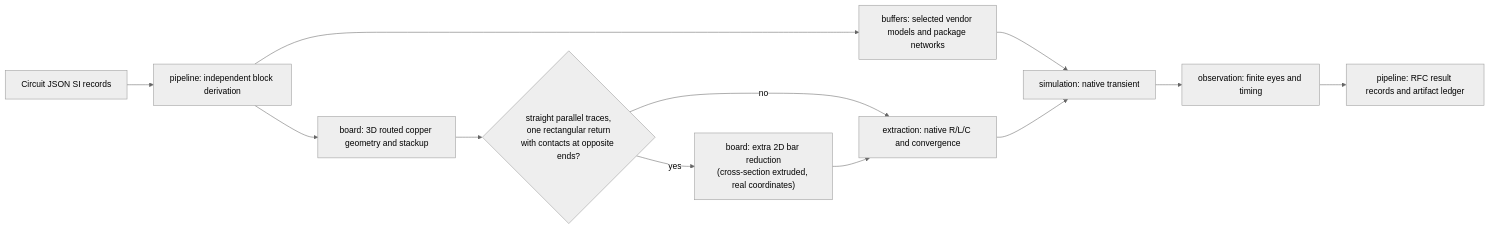
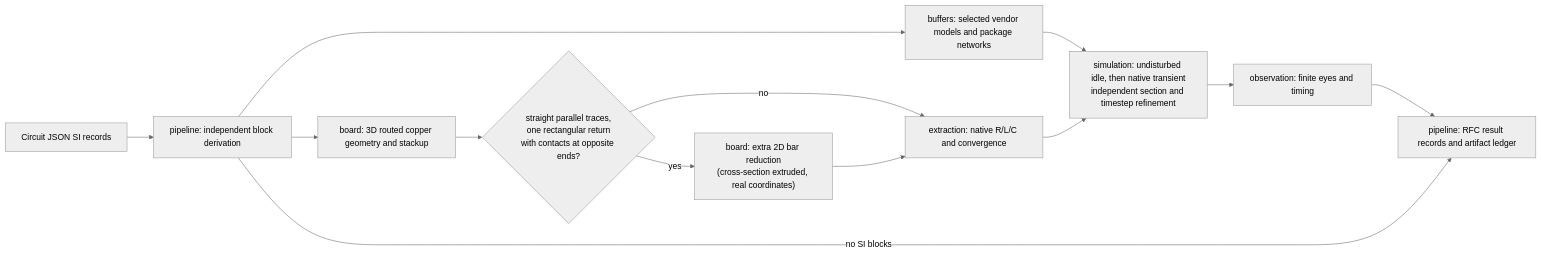
One commit to tscircuit/pcb-spice-pipeline changed the first of 2 diagrams in docs/ARCHITECTURE.md. Above: the diagram before and after it, drawn with Mermaid (neutral theme). The commit also changed other lines of this file and 14 other files, not shown here.

````diff
--- a/docs/ARCHITECTURE.md
+++ b/docs/ARCHITECTURE.md
@@ -9,14 +9,15 @@
 ```mermaid
 flowchart LR
   source["Circuit JSON SI records"] --> derive["pipeline: independent block derivation"]
   derive --> board3d["board: 3D routed copper geometry and stackup"]
   board3d --> check{"straight parallel traces,<br/>one rectangular return<br/>with contacts at opposite ends?"}
   check -->|"yes"| bars["board: extra 2D bar reduction<br/>(cross-section extruded, real coordinates)"]
   check -->|"no"| extract
   bars --> extract["extraction: native R/L/C and convergence"]
   derive --> buffers["buffers: selected vendor models and package networks"]
-  buffers --> simulate["simulation: native transient"]
+  buffers --> simulate["simulation: undisturbed idle, then native transient<br/>independent section and timestep refinement"]
   extract --> simulate
   simulate --> observe["observation: finite eyes and timing"]
   observe --> results["pipeline: RFC result records and artifact ledger"]
+  derive -->|"no SI blocks"| results
 ```
````
